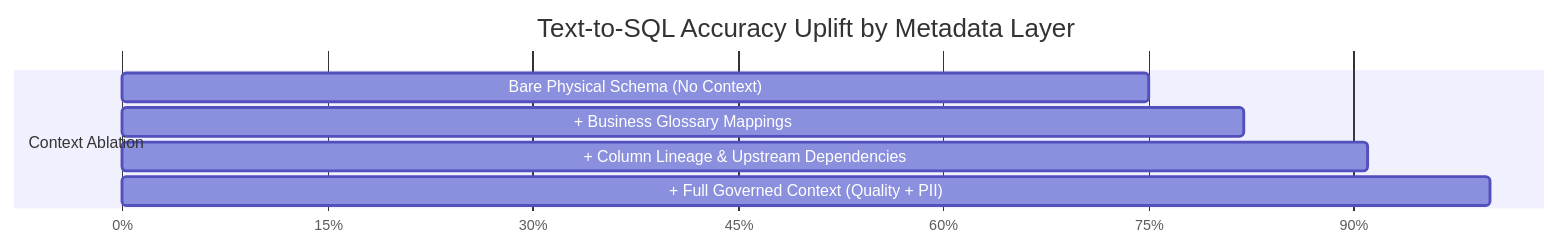
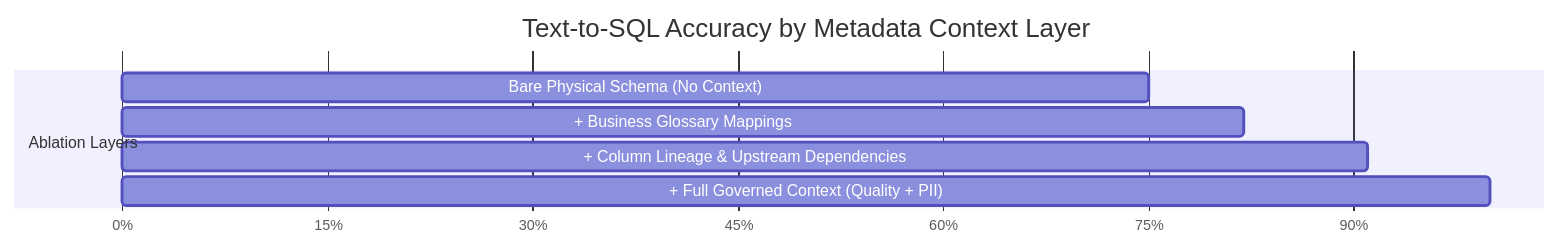
The first of 2 diagrams in README.md (Susil-commits/CForge), drawn with Mermaid before and after one commit. The commit also changed other lines of this file, not shown here.

````diff
--- a/README.md
+++ b/README.md
@@ -59,11 +67,11 @@
 ```mermaid
 gantt
-    title Text-to-SQL Accuracy Uplift by Metadata Layer
+    title Text-to-SQL Accuracy by Metadata Context Layer
     dateFormat  X
     axisFormat %s%%
-    section Context Ablation
+    section Ablation Layers
     Bare Physical Schema (No Context)         :0, 75
     + Business Glossary Mappings              :0, 82
     + Column Lineage & Upstream Dependencies  :0, 91
     + Full Governed Context (Quality + PII)   :0, 100
 ```
````
